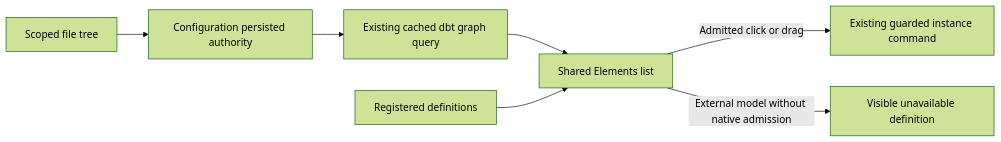
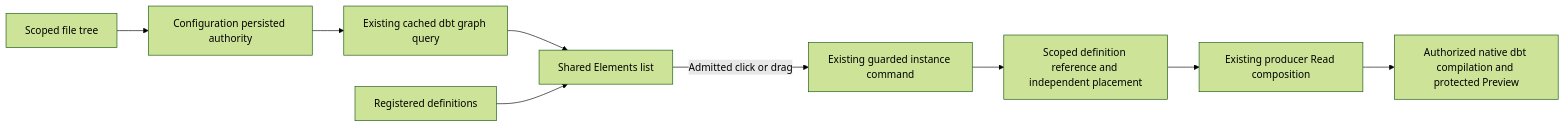
Before and after one commit to dunay2/dvt: the second of 6 diagrams in docs/architecture/components/web/code-workbench-workspace-files-component.md, drawn with Mermaid (forest theme). The commit also changed other lines of this file and 66 other files, not shown here.

Commit message:
fix(web): Bind native instances to authorized dbt model results

````diff
--- a/docs/architecture/components/web/code-workbench-workspace-files-component.md
+++ b/docs/architecture/components/web/code-workbench-workspace-files-component.md
@@ -190,9 +192,11 @@
 ```mermaid
 flowchart LR
   T[Scoped file tree] --> A[Configuration persisted authority]
   A --> G[Existing cached dbt graph query]
   G --> E[Shared Elements list]
   N[Registered definitions] --> E
   E -->|Admitted click or drag| S[Existing guarded instance command]
-  E -->|External model without native admission| R[Visible unavailable definition]
+  S --> R[Scoped definition reference and independent placement]
+  R --> P[Existing producer Read composition]
+  P --> V[Authorized native dbt compilation and protected Preview]
 ```
````
